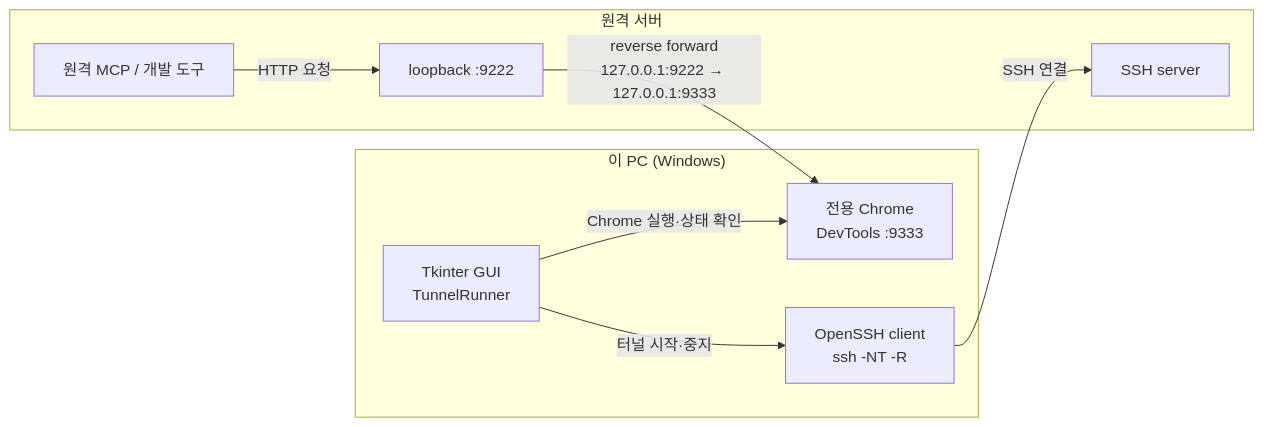
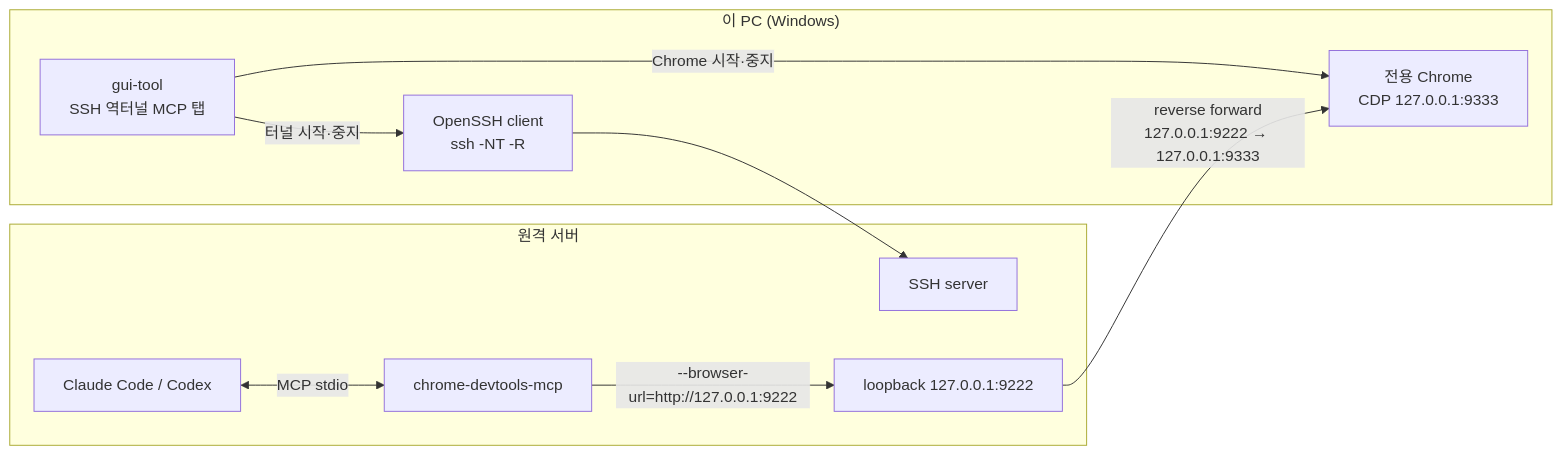
Before and after one commit to gbox3d/ready_chromedev: the second of 4 diagrams in _forAI/README.md, drawn with Mermaid. The commit also changed other lines of this file and 31 other files, not shown here.

First line of the commit message:
Replace tunnel_gui with gui_tool and let AI drive the same window

````diff
--- a/_forAI/README.md
+++ b/_forAI/README.md
@@ -46,20 +71,22 @@
 ```mermaid
 flowchart LR
     subgraph WIN["이 PC (Windows)"]
-        GUI["Tkinter GUI<br/>TunnelRunner"]
+        GUI["gui-tool<br/>SSH 역터널 MCP 탭"]
         SSH["OpenSSH client<br/>ssh -NT -R"]
-        CHROME["전용 Chrome<br/>DevTools :9333"]
+        CHROME["전용 Chrome<br/>CDP 127.0.0.1:9333"]
     end
 
     subgraph REMOTE["원격 서버"]
-        TOOL["원격 MCP / 개발 도구"]
-        PORT["loopback :9222"]
+        CLIENT["Claude Code / Codex"]
+        MCP["chrome-devtools-mcp"]
+        PORT["loopback 127.0.0.1:9222"]
         SSHD["SSH server"]
     end
 
-    GUI -->|"Chrome 실행·상태 확인"| CHROME
+    CLIENT <-->|"MCP stdio"| MCP
+    MCP -->|"--browser-url=http://127.0.0.1:9222"| PORT
+    GUI -->|"Chrome 시작·중지"| CHROME
     GUI -->|"터널 시작·중지"| SSH
-    SSH -->|"SSH 연결"| SSHD
-    TOOL -->|"HTTP 요청"| PORT
+    SSH --> SSHD
     PORT -->|"reverse forward<br/>127.0.0.1:9222 → 127.0.0.1:9333"| CHROME
 ```
````
